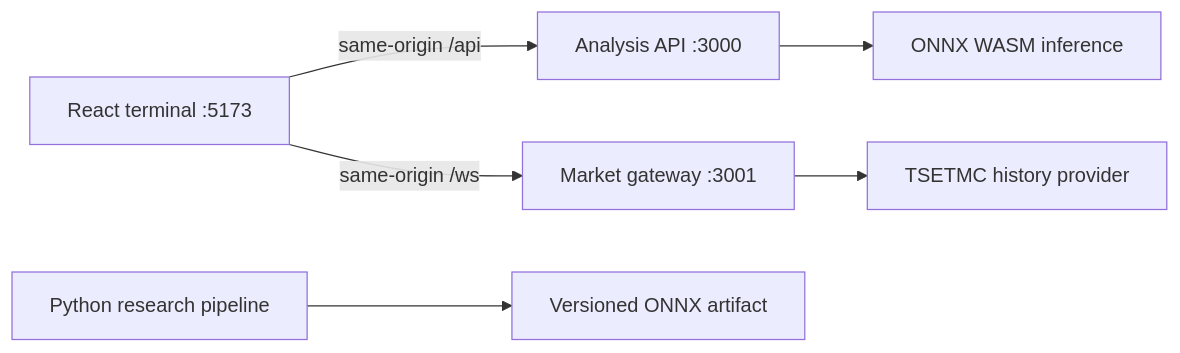
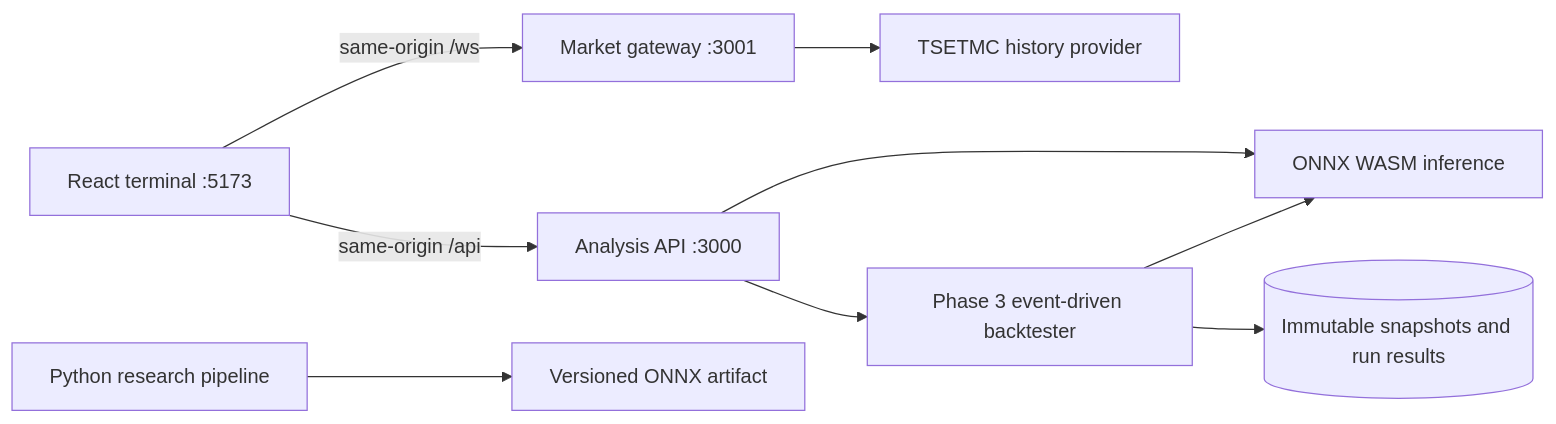
The diagram in README.md (amir-hdri/Intelligences-Trader), drawn with Mermaid before and after one commit. The commit also changed other lines of this file and 33 other files, not shown here.

````diff
--- a/README.md
+++ b/README.md
@@ -9,8 +9,11 @@
 ```mermaid
 graph LR
   UI[React terminal :5173] -->|same-origin /api| ML[Analysis API :3000]
   UI -->|same-origin /ws| GW[Market gateway :3001]
   GW --> TSE[TSETMC history provider]
   ML --> ONNX[ONNX WASM inference]
+  ML --> BT[Phase 3 event-driven backtester]
+  BT --> DB[(Immutable snapshots and run results)]
+  BT --> ONNX
   PY[Python research pipeline] --> MODEL[Versioned ONNX artifact]
 ```
````
